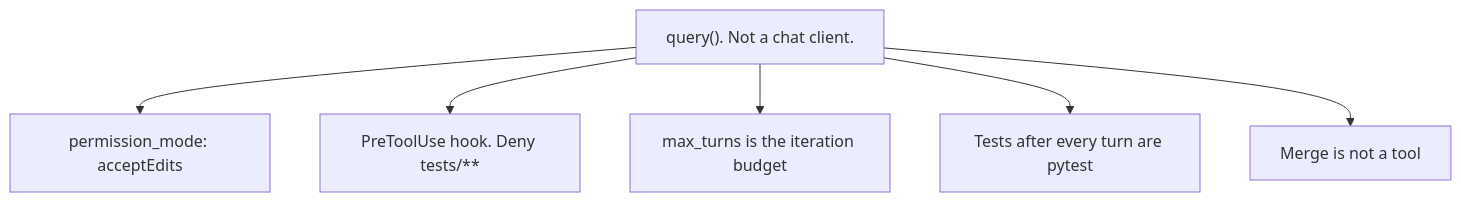
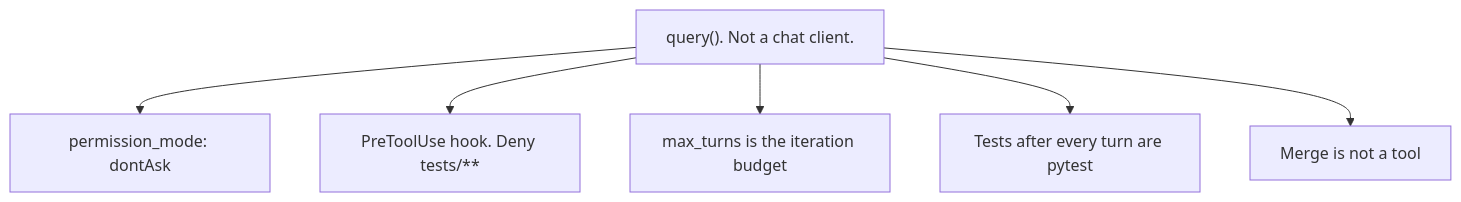
The diagram in slides/diagrams/mermaid/s4-sdk-contract.mmd (RichardHightower/reliable-agentic-lab), drawn with Mermaid before and after one commit. The commit also changed 66 other files, not shown here.

First line of the commit message:
Fix deck drift: dontAsk, clock, and live paths. #183

```diff
--- a/slides/diagrams/mermaid/s4-sdk-contract.mmd
+++ b/slides/diagrams/mermaid/s4-sdk-contract.mmd
@@ -1,7 +1,7 @@
 flowchart TB
   Q["query(). Not a chat client."]
-  Q --> M["permission_mode: acceptEdits"]
+  Q --> M["permission_mode: dontAsk"]
   Q --> H["PreToolUse hook. Deny tests/**"]
   Q --> N["max_turns is the iteration budget"]
   Q --> T["Tests after every turn are pytest"]
   Q --> X["Merge is not a tool"]
```
